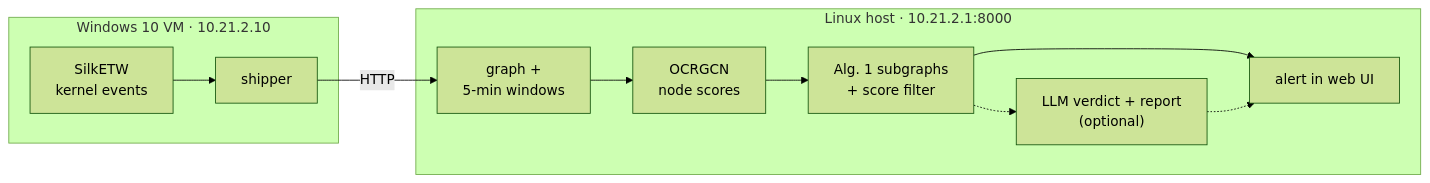
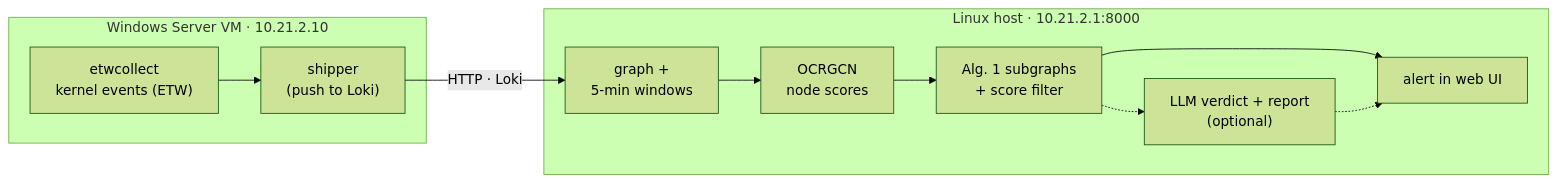
One commit to UITProjects/NT2102 changed the diagram in README.md. Above: the diagram before and after it, drawn with Mermaid (forest theme). The commit also changed 67 other files, not shown here.

````diff
--- a/README.md
+++ b/README.md
@@ -31,11 +31,11 @@
 ```mermaid
 flowchart LR
-  subgraph VM["Windows 10 VM · 10.21.2.10"]
-    A["SilkETW<br/>kernel events"] --> B["shipper"]
+  subgraph VM["Windows Server VM · 10.21.2.10"]
+    A["etwcollect<br/>kernel events (ETW)"] --> B["shipper<br/>(push to Loki)"]
   end
   subgraph H["Linux host · 10.21.2.1:8000"]
     C["graph +<br/>5-min windows"] --> D["OCRGCN<br/>node scores"] --> E["Alg. 1 subgraphs<br/>+ score filter"] --> F["alert in web UI"]
     E -.-> G["LLM verdict + report<br/>(optional)"] -.-> F
   end
-  B -- "HTTP" --> C
+  B -- "HTTP · Loki" --> C
 ```
````
